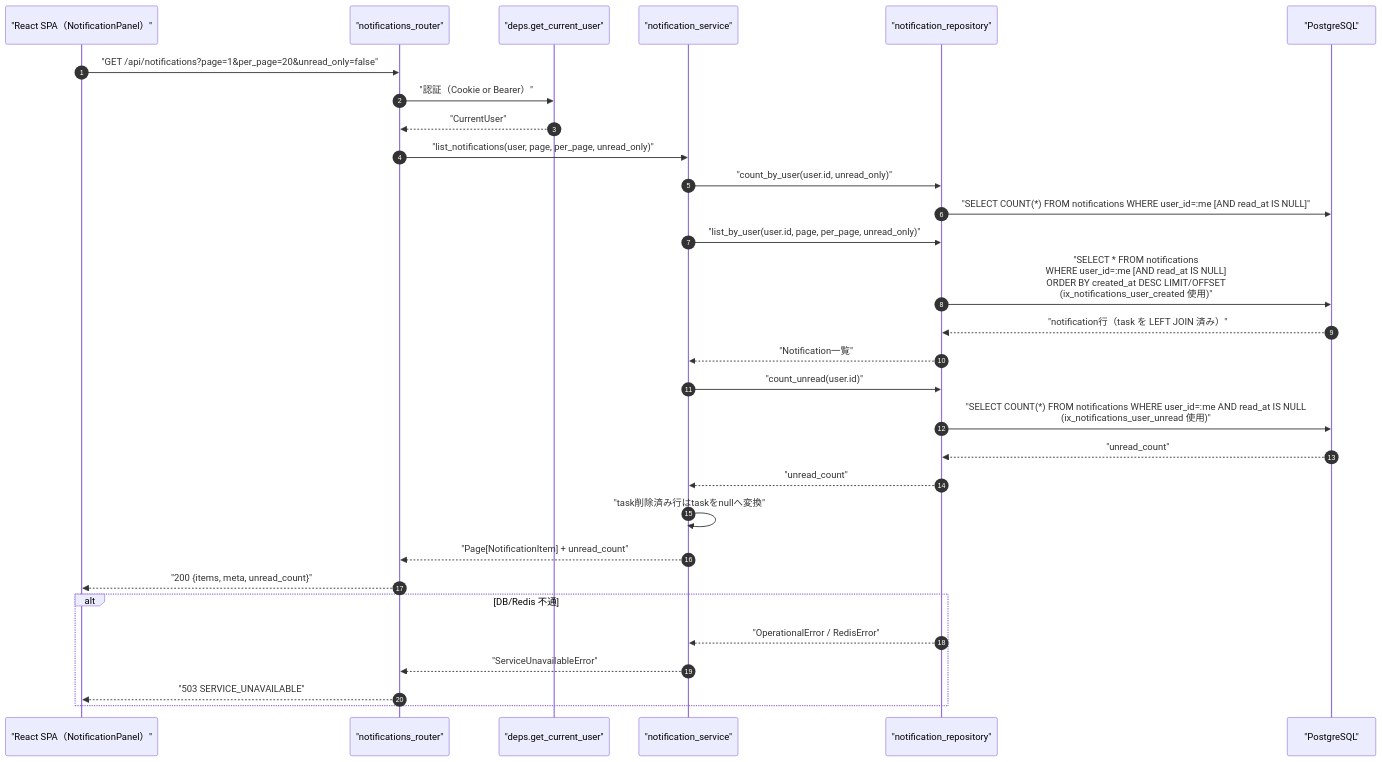
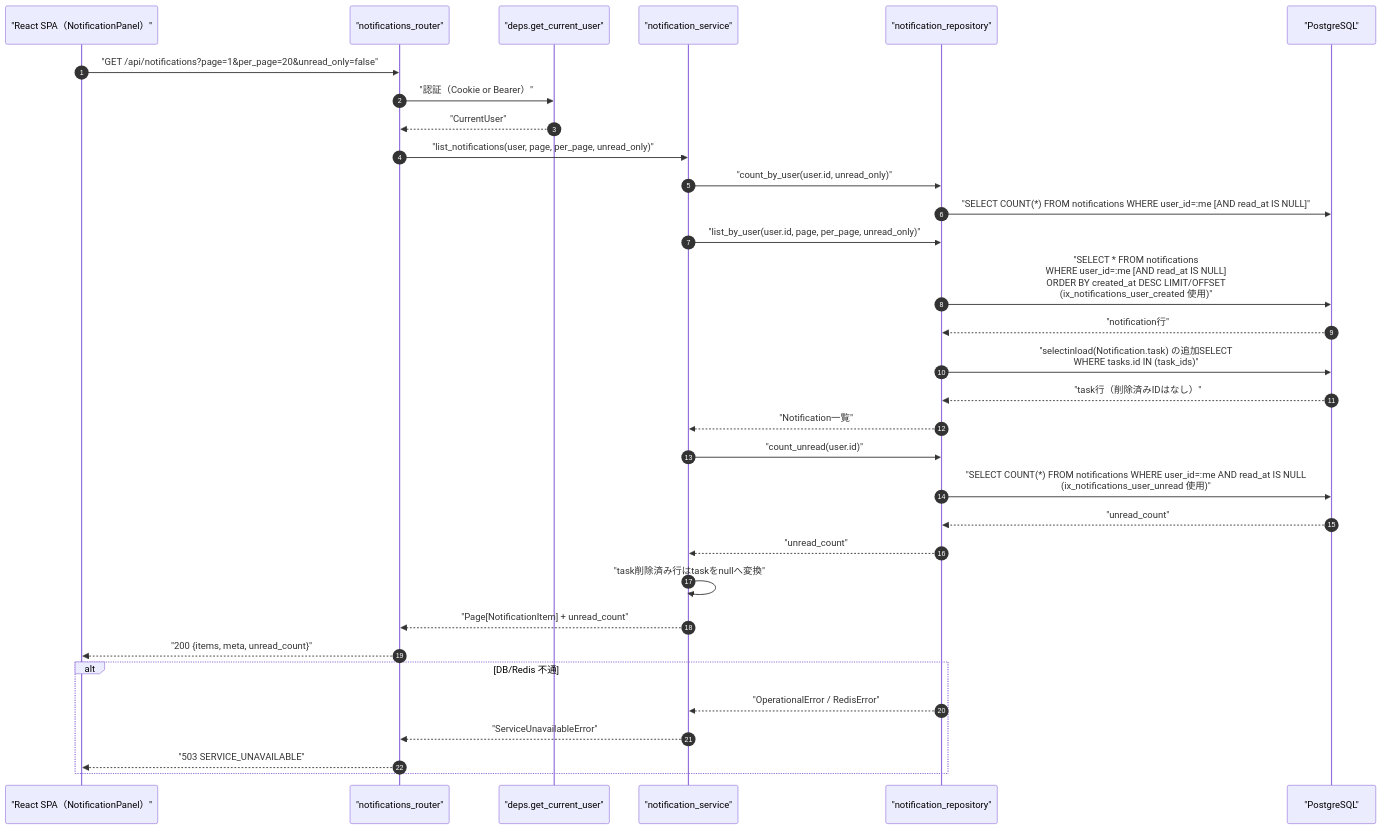
Before and after one commit to oikawa-d/task_management: the first of 4 diagrams in detailed_design/api/notifications/01_get_notifications.md, drawn with Mermaid. The commit also changed other lines of this file and 22 other files, not shown here.

````diff
--- a/detailed_design/api/notifications/01_get_notifications.md
+++ b/detailed_design/api/notifications/01_get_notifications.md
@@ -101,33 +101,35 @@
 ```mermaid
 sequenceDiagram
     autonumber
     participant FE as "React SPA（NotificationPanel）"
     participant R as "notifications_router"
     participant D as "deps.get_current_user"
     participant S as "notification_service"
     participant NR as "notification_repository"
     participant PG as "PostgreSQL"
 
     FE->>R: "GET /api/notifications?page=1&per_page=20&unread_only=false"
     R->>D: "認証（Cookie or Bearer）"
     D-->>R: "CurrentUser"
     R->>S: "list_notifications(user, page, per_page, unread_only)"
     S->>NR: "count_by_user(user.id, unread_only)"
     NR->>PG: "SELECT COUNT(*) FROM notifications WHERE user_id=:me [AND read_at IS NULL]"
     S->>NR: "list_by_user(user.id, page, per_page, unread_only)"
     NR->>PG: "SELECT * FROM notifications<br/>WHERE user_id=:me [AND read_at IS NULL]<br/>ORDER BY created_at DESC LIMIT/OFFSET<br/>(ix_notifications_user_created 使用)"
-    PG-->>NR: "notification行（task を LEFT JOIN 済み）"
+    PG-->>NR: "notification行"
+    NR->>PG: "selectinload(Notification.task) の追加SELECT<br/>WHERE tasks.id IN (task_ids)"
+    PG-->>NR: "task行（削除済みIDはなし）"
     NR-->>S: "Notification一覧"
     S->>NR: "count_unread(user.id)"
     NR->>PG: "SELECT COUNT(*) FROM notifications WHERE user_id=:me AND read_at IS NULL<br/>(ix_notifications_user_unread 使用)"
     PG-->>NR: "unread_count"
     NR-->>S: "unread_count"
     S->>S: "task削除済み行はtaskをnullへ変換"
     S-->>R: "Page[NotificationItem] + unread_count"
     R-->>FE: "200 {items, meta, unread_count}"
     alt DB/Redis 不通
         NR-->>S: "OperationalError / RedisError"
         S-->>R: "ServiceUnavailableError"
         R-->>FE: "503 SERVICE_UNAVAILABLE"
     end
 ```
````
